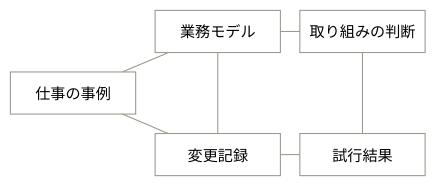
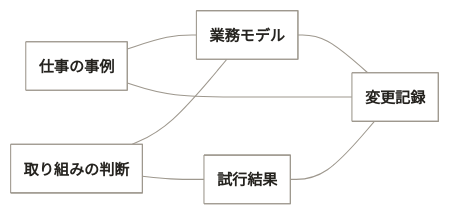
One commit to maakbo/fde changed the fourth of 4 diagrams in experiments/fde-product-pivot/visualization/README.md. Above: the diagram before and after it, drawn with Mermaid.

Commit message:
Use a Mermaid class diagram for the information model

````diff
--- a/experiments/fde-product-pivot/visualization/README.md
+++ b/experiments/fde-product-pivot/visualization/README.md
@@ -200,33 +200,31 @@
 ```mermaid
 ---
 config:
   theme: base
-  themeCSS: ".nodeLabel, .nodeLabel p { font-family: Inter, Hiragino Sans, sans-serif !important; font-size: 14px !important; line-height: 2.3 !important; }"
-  block:
-    padding: 18
-  flowchart:
-    curve: linear
+  class:
+    hideEmptyMembersBox: true
   themeVariables:
-    background: "#FFFFFF"
-    primaryColor: "#FFFFFF"
-    primaryTextColor: "#25231F"
-    primaryBorderColor: "#9E988E"
+    mainBkg: "#FFFFFF"
+    nodeBorder: "#9E988E"
+    classText: "#25231F"
     lineColor: "#9E988E"
     fontFamily: "Inter, Hiragino Sans, sans-serif"
     fontSize: "14px"
 ---
-block-beta
-  %% 関連線は根拠・参照先の関係。手順や多重度ではない。
-  columns 3
-  space i_work_model["業務モデル"] i_direction["取り組みの判断"]
-  i_work_example["仕事の事例"] space space
-  space i_change["変更記録"] i_trial["試行結果"]
-  i_work_example --- i_work_model
-  i_work_model --- i_direction
-  i_direction --- i_trial
-  i_trial --- i_change
-  i_work_example --- i_change
-  i_work_model --- i_change
-  classDef info fill:#FFFFFF,stroke:#9E988E,stroke-width:1px,color:#25231F;
-  class i_work_example,i_work_model,i_direction,i_trial,i_change info;
+classDiagram
+  direction LR
+  accTitle: fdeを育てる仕事で扱う情報
+  accDescr: 仕事の事例、業務モデル、取り組みの判断、試行結果、変更記録の関係。
+  %% 試行は条件付き。線は根拠・参照先の関係であり、作業順を示さない。
+  class i_work_example["仕事の事例"]
+  class i_work_model["業務モデル"]
+  class i_direction["取り組みの判断"]
+  class i_trial["試行結果"]
+  class i_change["変更記録"]
+  i_work_example -- i_work_model
+  i_direction -- i_work_model
+  i_direction -- i_trial
+  i_trial -- i_change
+  i_work_example -- i_change
+  i_work_model -- i_change
 ```
````
